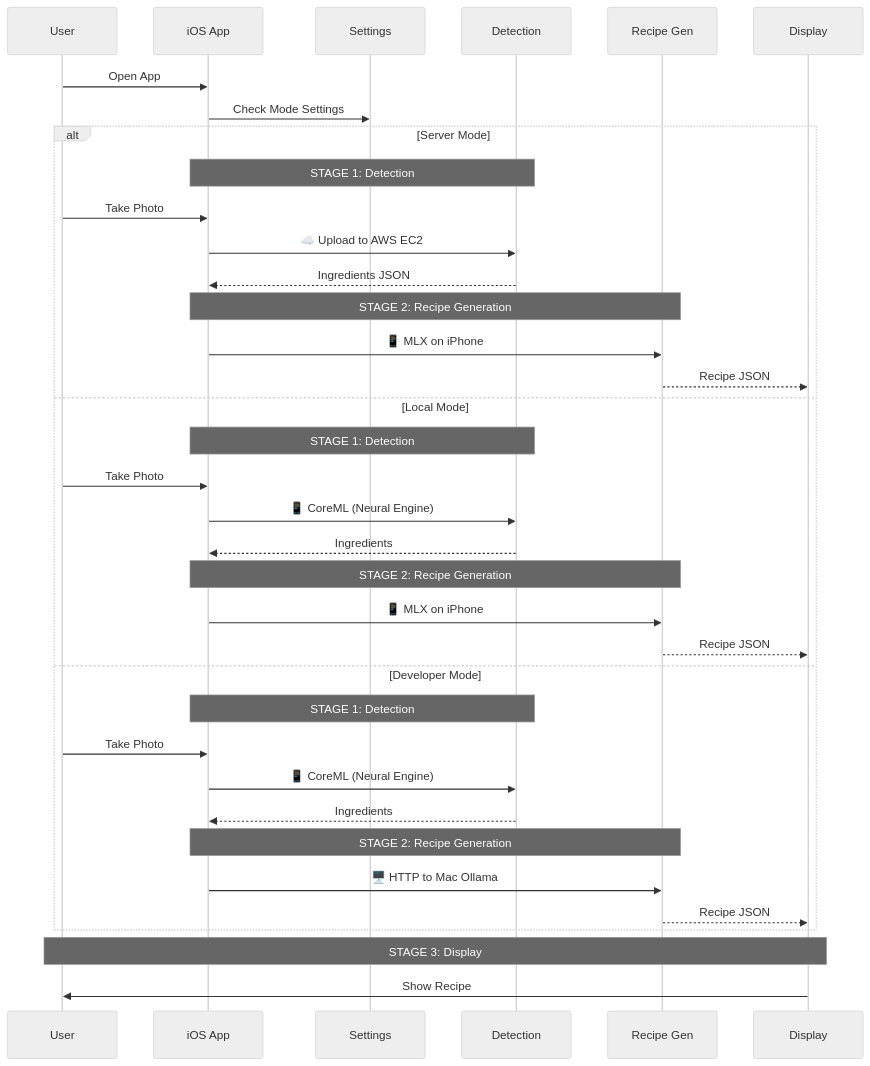
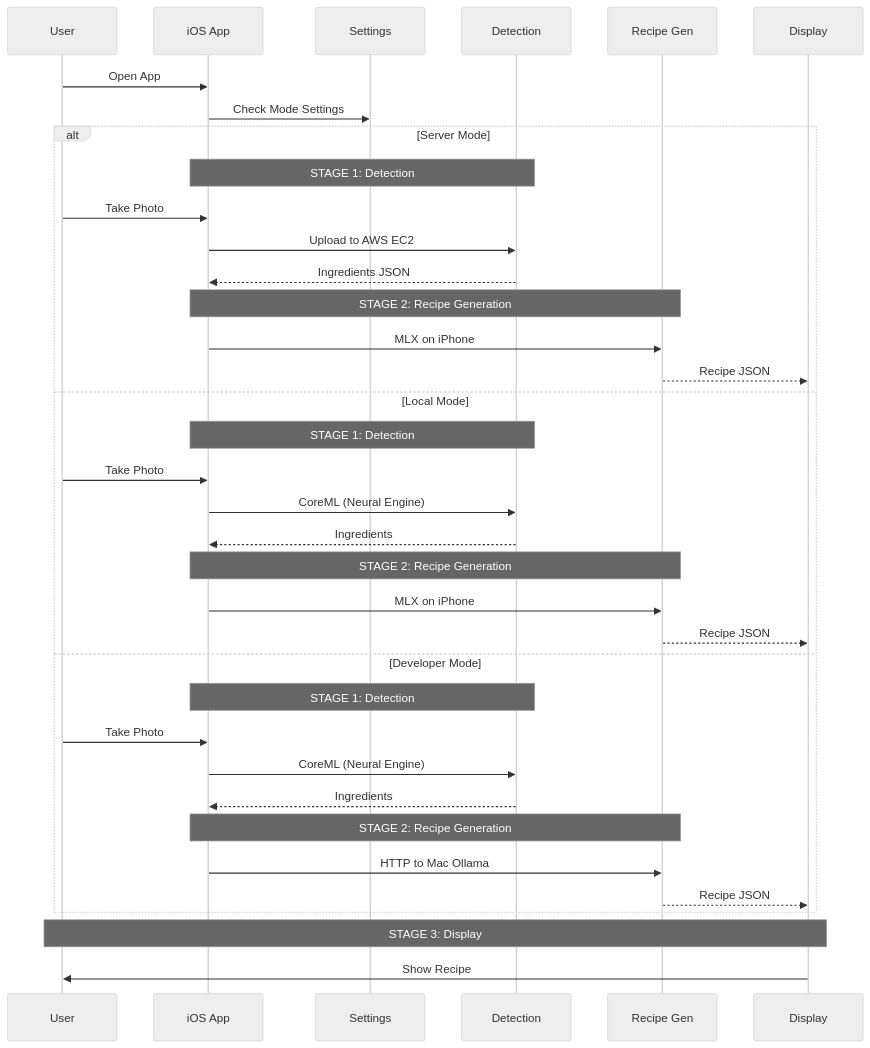
The second of 6 diagrams in architecture-mermaid.md (Jessi0803/kitchen_assistant), drawn with Mermaid (neutral theme) before and after one commit. The commit also changed other lines of this file, not shown here.

First line of the commit message:
docs: simplify emoji usage in Mermaid diagrams

````diff
--- a/architecture-mermaid.md
+++ b/architecture-mermaid.md
@@ -71,41 +71,41 @@
 ```mermaid
 sequenceDiagram
     participant User
     participant iOS as iOS App
     participant Settings
     participant Detection
     participant Recipe as Recipe Gen
     participant Display
 
     User->>iOS: Open App
     iOS->>Settings: Check Mode Settings
     
     alt Server Mode
         Note over iOS,Detection: STAGE 1: Detection
         User->>iOS: Take Photo
-        iOS->>Detection: ☁️ Upload to AWS EC2
+        iOS->>Detection: Upload to AWS EC2
         Detection-->>iOS: Ingredients JSON
         Note over iOS,Recipe: STAGE 2: Recipe Generation
-        iOS->>Recipe: 📱 MLX on iPhone
+        iOS->>Recipe: MLX on iPhone
         Recipe-->>Display: Recipe JSON
     else Local Mode
         Note over iOS,Detection: STAGE 1: Detection
         User->>iOS: Take Photo
-        iOS->>Detection: 📱 CoreML (Neural Engine)
+        iOS->>Detection: CoreML (Neural Engine)
         Detection-->>iOS: Ingredients
         Note over iOS,Recipe: STAGE 2: Recipe Generation
-        iOS->>Recipe: 📱 MLX on iPhone
+        iOS->>Recipe: MLX on iPhone
         Recipe-->>Display: Recipe JSON
     else Developer Mode
         Note over iOS,Detection: STAGE 1: Detection
         User->>iOS: Take Photo
-        iOS->>Detection: 📱 CoreML (Neural Engine)
+        iOS->>Detection: CoreML (Neural Engine)
         Detection-->>iOS: Ingredients
         Note over iOS,Recipe: STAGE 2: Recipe Generation
-        iOS->>Recipe: 🖥️ HTTP to Mac Ollama
+        iOS->>Recipe: HTTP to Mac Ollama
         Recipe-->>Display: Recipe JSON
     end
     
     Note over Display,User: STAGE 3: Display
     Display->>User: Show Recipe
 ```
````
